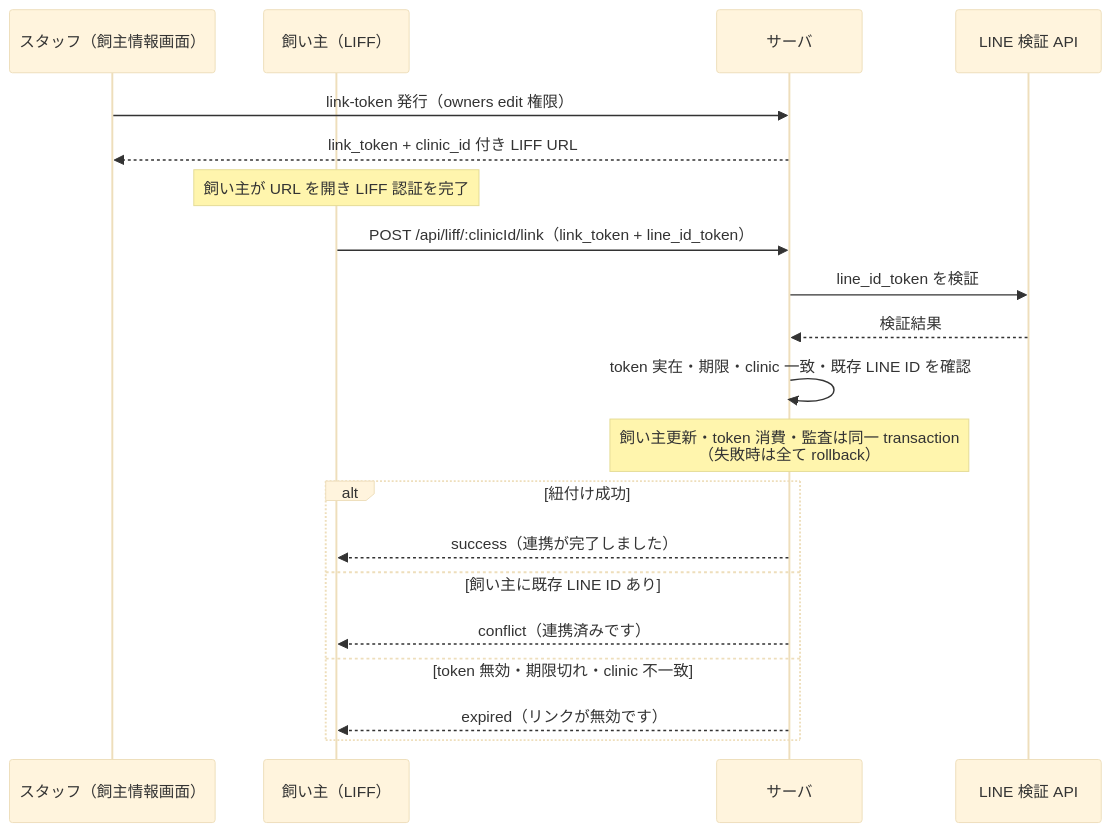
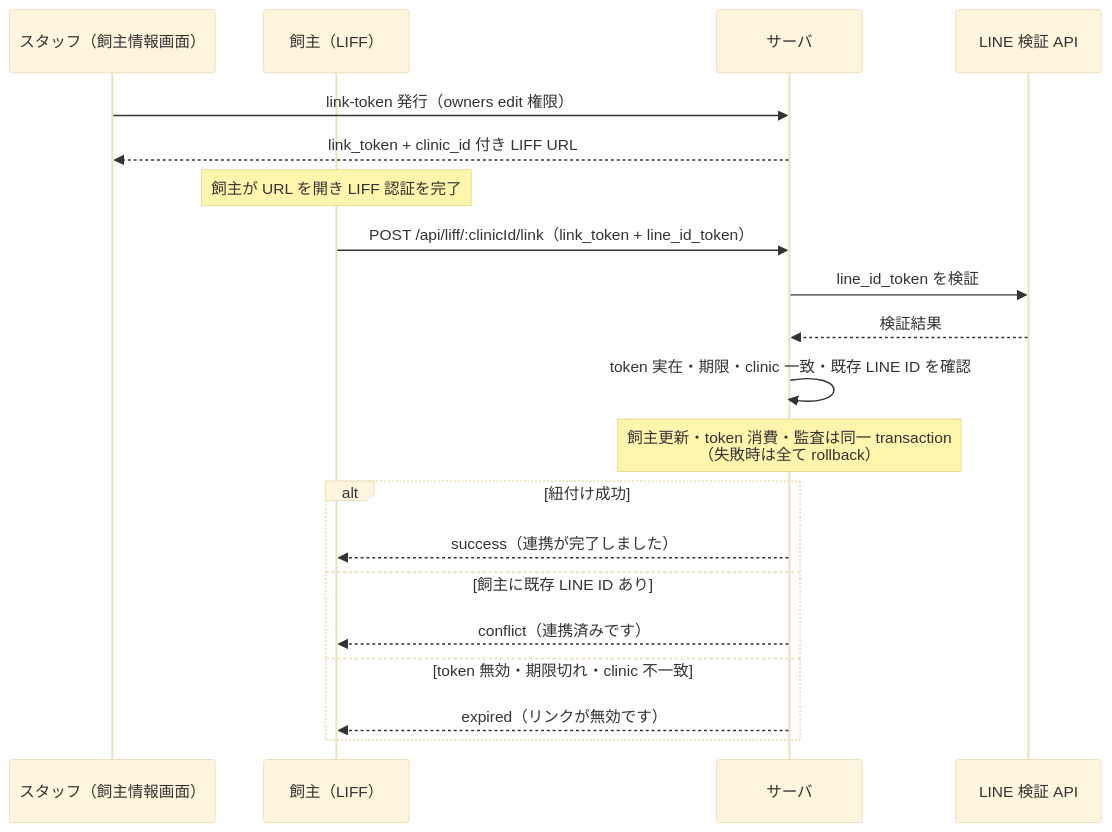
One commit to MinoruSoga/AnimalEkarte changed the diagram in docs/spec/screens/38-liff-pet-health.md. Above: the diagram before and after it, drawn with Mermaid (base theme). The commit also changed other lines of this file and 276 other files, not shown here.

````diff
--- a/docs/spec/screens/38-liff-pet-health.md
+++ b/docs/spec/screens/38-liff-pet-health.md
@@ -59,23 +59,23 @@
 ```mermaid
 sequenceDiagram
     participant Staff as スタッフ（飼主情報画面）
-    participant Owner as 飼い主（LIFF）
+    participant Owner as 飼主（LIFF）
     participant API as サーバ
     participant LINE as LINE 検証 API
 
     Staff->>API: link-token 発行（owners edit 権限）
     API-->>Staff: link_token + clinic_id 付き LIFF URL
-    Note over Owner: 飼い主が URL を開き LIFF 認証を完了
+    Note over Owner: 飼主が URL を開き LIFF 認証を完了
     Owner->>API: POST /api/liff/:clinicId/link（link_token + line_id_token）
     API->>LINE: line_id_token を検証
     LINE-->>API: 検証結果
     API->>API: token 実在・期限・clinic 一致・既存 LINE ID を確認
-    Note over API: 飼い主更新・token 消費・監査は同一 transaction<br/>（失敗時は全て rollback）
+    Note over API: 飼主更新・token 消費・監査は同一 transaction<br/>（失敗時は全て rollback）
     alt 紐付け成功
         API-->>Owner: success（連携が完了しました）
-    else 飼い主に既存 LINE ID あり
+    else 飼主に既存 LINE ID あり
         API-->>Owner: conflict（連携済みです）
     else token 無効・期限切れ・clinic 不一致
         API-->>Owner: expired（リンクが無効です）
     end
 ```
````
